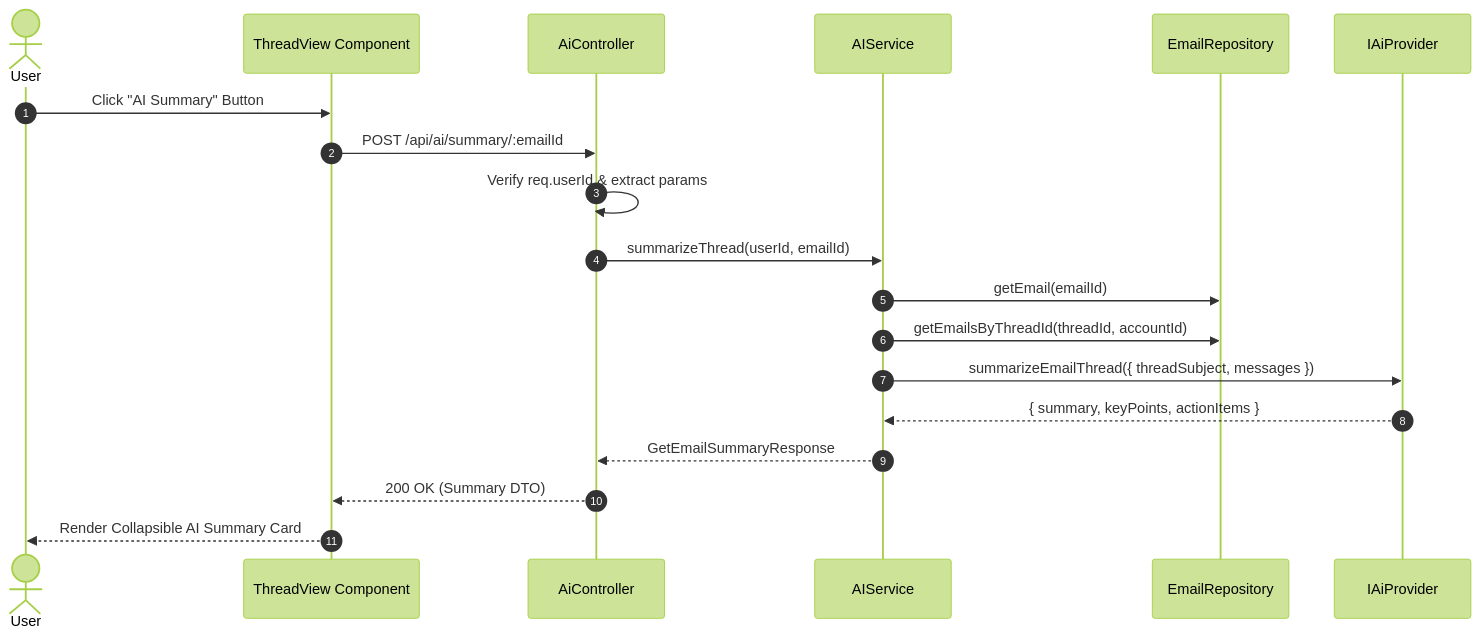
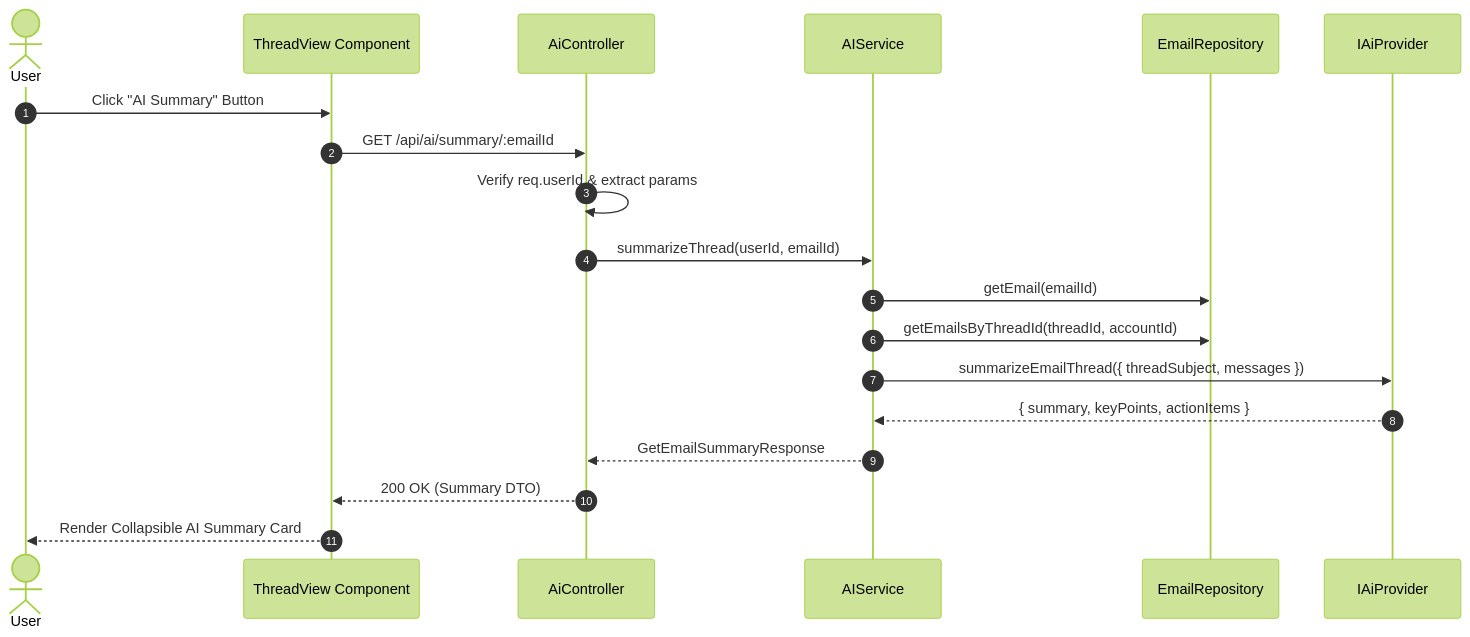
One commit to vishal-jagamani/mailsense changed the fourth of 4 diagrams in .agents/plans/11. ai-foundation-core/implementation-plan.md. Above: the diagram before and after it, drawn with Mermaid (forest theme). The commit also changed other lines of this file and 47 other files, not shown here.

````diff
--- a/.agents/plans/11. ai-foundation-core/implementation-plan.md
+++ b/.agents/plans/11. ai-foundation-core/implementation-plan.md
@@ -219,22 +219,22 @@
 ```mermaid
 sequenceDiagram
     autonumber
     actor User
     participant UI as ThreadView Component
     participant Controller as AiController
     participant AIService as AIService
     participant EmailRepo as EmailRepository
     participant Provider as IAiProvider
 
     User->>UI: Click "AI Summary" Button
-    UI->>Controller: POST /api/ai/summary/:emailId
+    UI->>Controller: GET /api/ai/summary/:emailId
     Controller->>Controller: Verify req.userId & extract params
     Controller->>AIService: summarizeThread(userId, emailId)
     AIService->>EmailRepo: getEmail(emailId)
     AIService->>EmailRepo: getEmailsByThreadId(threadId, accountId)
     AIService->>Provider: summarizeEmailThread({ threadSubject, messages })
     Provider-->>AIService: { summary, keyPoints, actionItems }
     AIService-->>Controller: GetEmailSummaryResponse
     Controller-->>UI: 200 OK (Summary DTO)
     UI-->>User: Render Collapsible AI Summary Card
 ```
````
